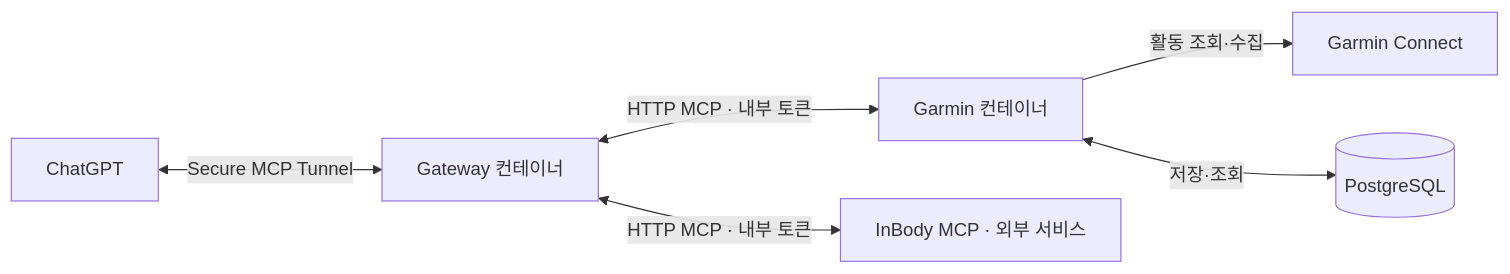
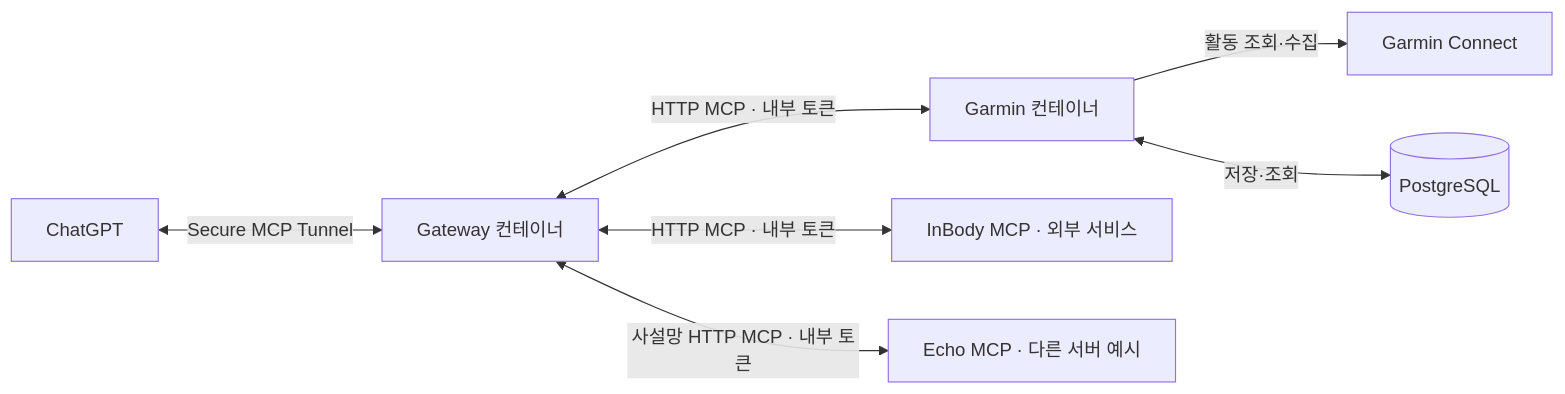
One commit to disturb8264/garmin-mcp-bridge changed the diagram in docs/01-architecture.md. Above: the diagram before and after it, drawn with Mermaid. The commit also changed other lines of this file and 9 other files, not shown here.

Commit message:
Document external MCP setup and Echo troubleshooting

````diff
--- a/docs/01-architecture.md
+++ b/docs/01-architecture.md
@@ -5,8 +5,9 @@
 ```mermaid
 flowchart LR
     ChatGPT[ChatGPT] <-->|Secure MCP Tunnel| Gateway[Gateway 컨테이너]
     Gateway <-->|HTTP MCP · 내부 토큰| Garmin[Garmin 컨테이너]
     Gateway <-->|HTTP MCP · 내부 토큰| InBody[InBody MCP · 외부 서비스]
+    Gateway <-->|사설망 HTTP MCP · 내부 토큰| Echo[Echo MCP · 다른 서버 예시]
     Garmin -->|활동 조회·수집| GarminConnect[Garmin Connect]
     Garmin <-->|저장·조회| DB[(PostgreSQL)]
 ```
````
